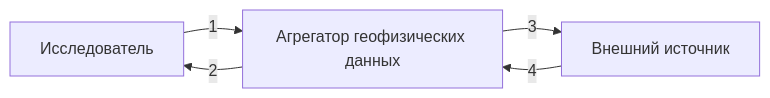
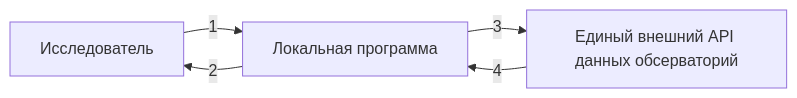
One commit to NaVi-4oK/team-amd changed the first of 3 diagrams in docs/architecture.md. Above: the diagram before and after it, drawn with Mermaid. The commit also changed other lines of this file, not shown here.

````diff
--- a/docs/architecture.md
+++ b/docs/architecture.md
@@ -9,7 +11,7 @@
 ```mermaid
 flowchart LR
-    researcher[Исследователь] -->|1| aggregator[Агрегатор геофизических данных]
-    aggregator -->|2| researcher
-    aggregator -->|3| source[Внешний источник]
-    source -->|4| aggregator
+    researcher[Исследователь] -->|1| app[Локальная программа]
+    app -->|2| researcher
+    app -->|3| api[Единый внешний API данных обсерваторий]
+    api -->|4| app
 ```
````
